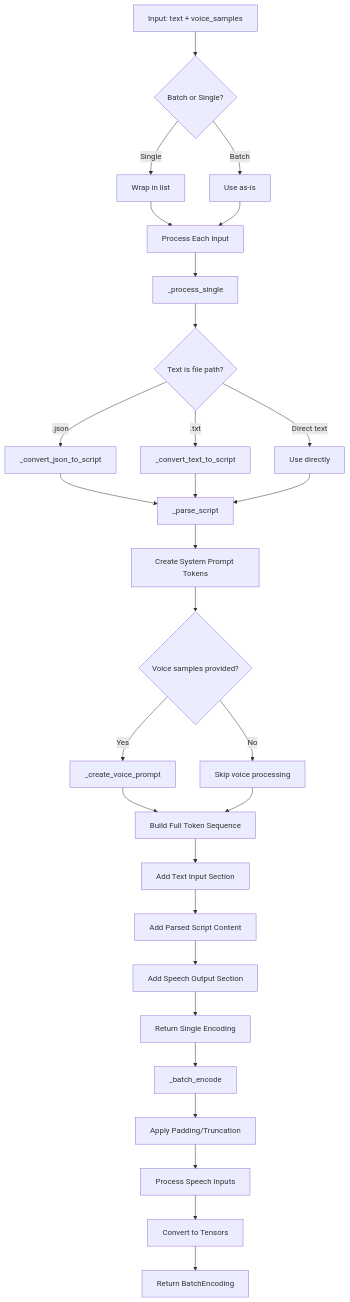
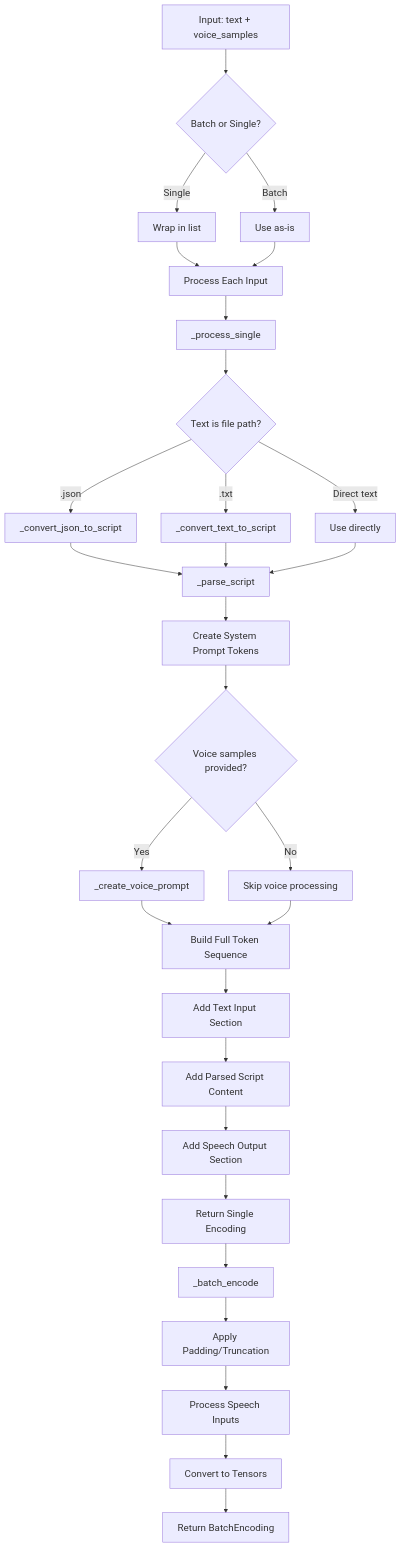
The first of 2 diagrams in docs/processor.md (zhao-kun/vibevoice), drawn with Mermaid before and after one commit. The commit also changed other lines of this file, not shown here.

Commit message:
Fix syntax error of mermaid

````diff
--- a/docs/processor.md
+++ b/docs/processor.md
@@ -79,37 +79,38 @@
 ```mermaid
+%%{init: { 'themeVariables': { 'fontSize': '20px' } } }%%
 flowchart TD
     A[Input: text + voice_samples] --> B{Batch or Single?}
     B -->|Single| C[Wrap in list]
     B -->|Batch| D[Use as-is]
     C --> E[Process Each Input]
     D --> E
     
     E --> F[_process_single]
     F --> G{Text is file path?}
     G -->|.json| H[_convert_json_to_script]
     G -->|.txt| I[_convert_text_to_script]
     G -->|Direct text| J[Use directly]
     
     H --> K[_parse_script]
     I --> K
     J --> K
     
     K --> L[Create System Prompt Tokens]
     L --> M{Voice samples provided?}
     M -->|Yes| N[_create_voice_prompt]
     M -->|No| O[Skip voice processing]
     
     N --> P[Build Full Token Sequence]
     O --> P
     
     P --> Q[Add Text Input Section]
     Q --> R[Add Parsed Script Content]
     R --> S[Add Speech Output Section]
     S --> T[Return Single Encoding]
     
     T --> U[_batch_encode]
     U --> V[Apply Padding/Truncation]
     V --> W[Process Speech Inputs]
     W --> X[Convert to Tensors]
     X --> Y[Return BatchEncoding]
 ```
````
